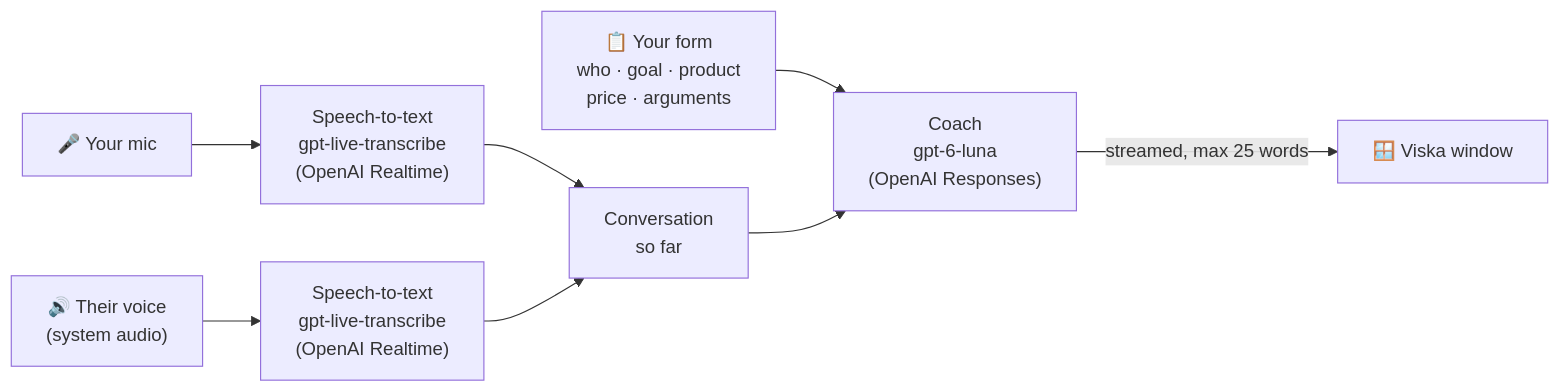
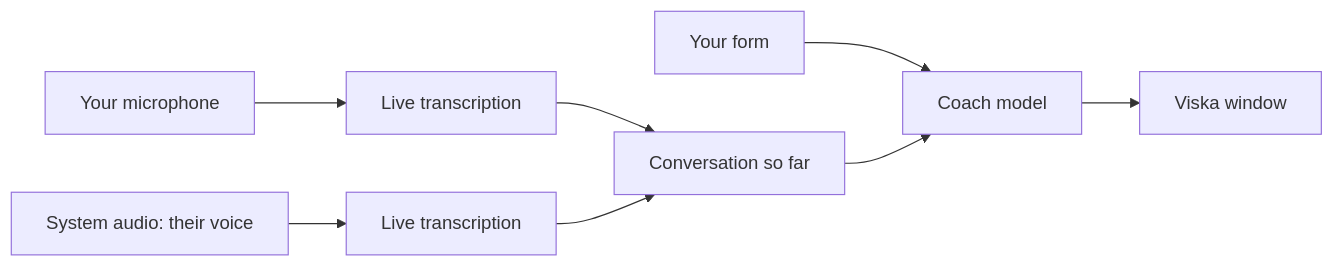
One commit to welovevyxzl/hysch changed the diagram in README.md. Above: the diagram before and after it, drawn with Mermaid. The commit also changed other lines of this file, not shown here.

````diff
--- a/README.md
+++ b/README.md
@@ -86,10 +46,10 @@
 ```mermaid
 flowchart LR
-    A["🎤 Your mic"] --> C["Speech-to-text<br/>gpt-live-transcribe<br/>(OpenAI Realtime)"]
-    B["🔊 Their voice<br/>(system audio)"] --> D["Speech-to-text<br/>gpt-live-transcribe<br/>(OpenAI Realtime)"]
-    C --> E["Conversation<br/>so far"]
+    A[Your microphone] --> C[Live transcription]
+    B[System audio: their voice] --> D[Live transcription]
+    C --> E[Conversation so far]
     D --> E
-    F["📋 Your form<br/>who · goal · product<br/>price · arguments"] --> G
-    E --> G["Coach<br/>gpt-6-luna<br/>(OpenAI Responses)"]
-    G -->|"streamed, max 25 words"| H["🪟 Viska window"]
+    F[Your form] --> G[Coach model]
+    E --> G
+    G --> H[Viska window]
 ```
````
